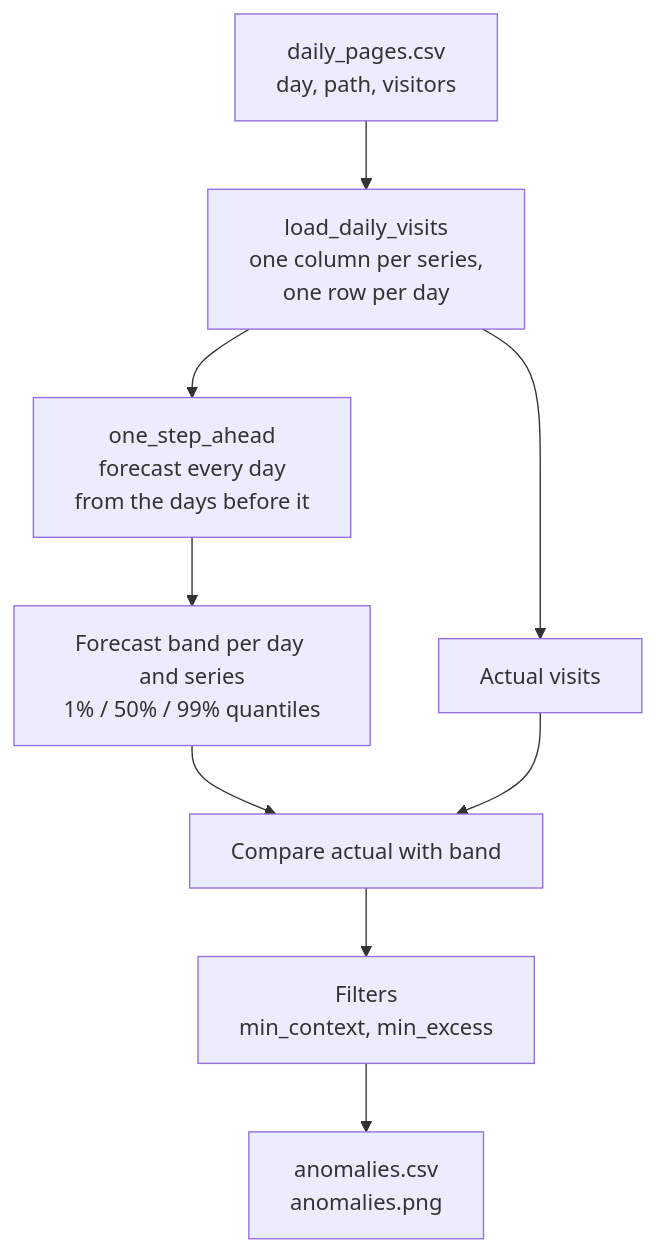
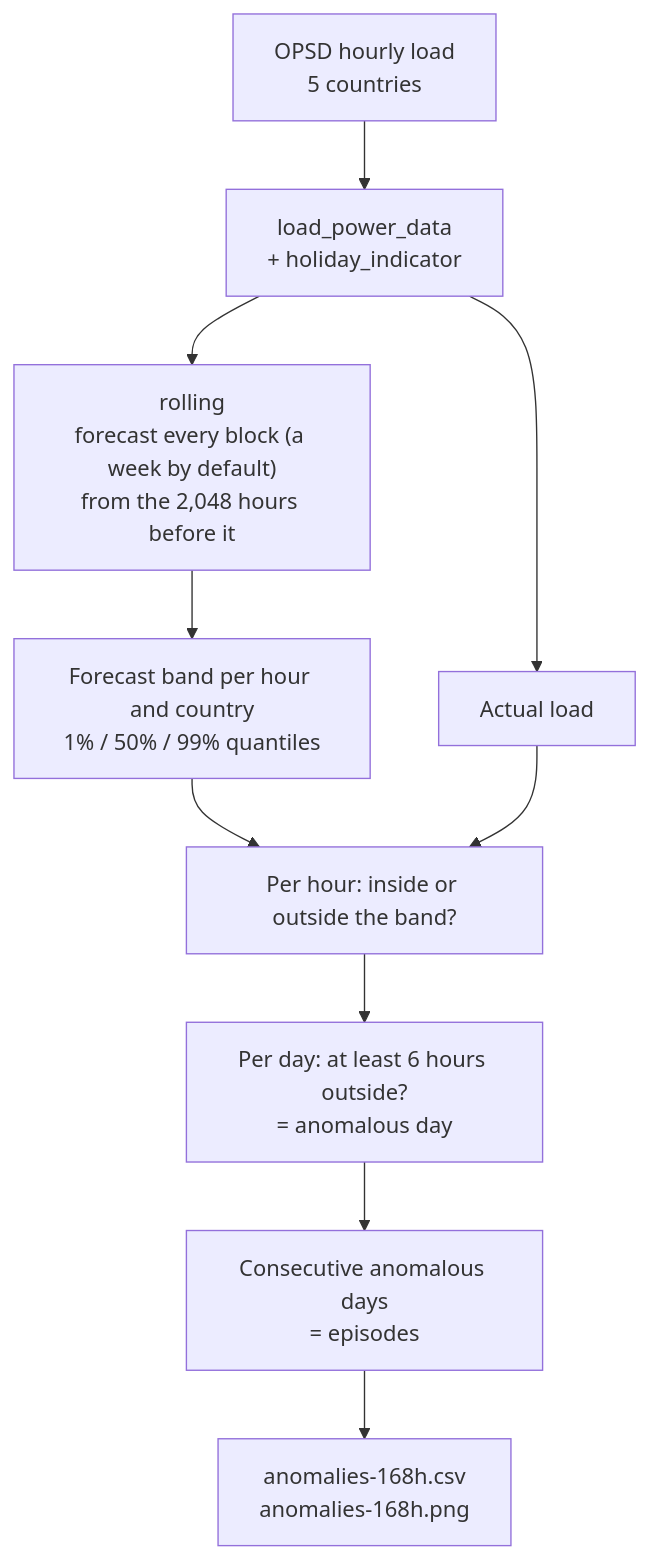
Before and after one commit to mourjo/zero-shot-forecasting: the second of 6 diagrams in docs/04-anomaly-detection.md, drawn with Mermaid. The commit also changed other lines of this file and 3 other files, not shown here.

````diff
--- a/docs/04-anomaly-detection.md
+++ b/docs/04-anomaly-detection.md
@@ -83,11 +84,12 @@
 ```mermaid
 flowchart TD
-    A["daily_pages.csv<br/>day, path, visitors"] --> B["load_daily_visits<br/>one column per series,<br/>one row per day"]
-    B --> C["one_step_ahead<br/>forecast every day<br/>from the days before it"]
-    C --> D["Forecast band per day and series<br/>1% / 50% / 99% quantiles"]
-    B --> E["Actual visits"]
-    D --> F["Compare actual with band"]
+    A["OPSD hourly load<br/>5 countries"] --> B["load_power_data<br/>+ holiday_indicator"]
+    B --> C["rolling<br/>forecast every block (a week by default)<br/>from the 2,048 hours before it"]
+    C --> D["Forecast band per hour and country<br/>1% / 50% / 99% quantiles"]
+    B --> E["Actual load"]
+    D --> F["Per hour: inside or outside the band?"]
     E --> F
-    F --> G["Filters<br/>min_context, min_excess"]
-    G --> H["anomalies.csv<br/>anomalies.png"]
+    F --> G["Per day: at least 6 hours outside?<br/>= anomalous day"]
+    G --> H["Consecutive anomalous days<br/>= episodes"]
+    H --> I["anomalies-168h.csv<br/>anomalies-168h.png"]
 ```
````
